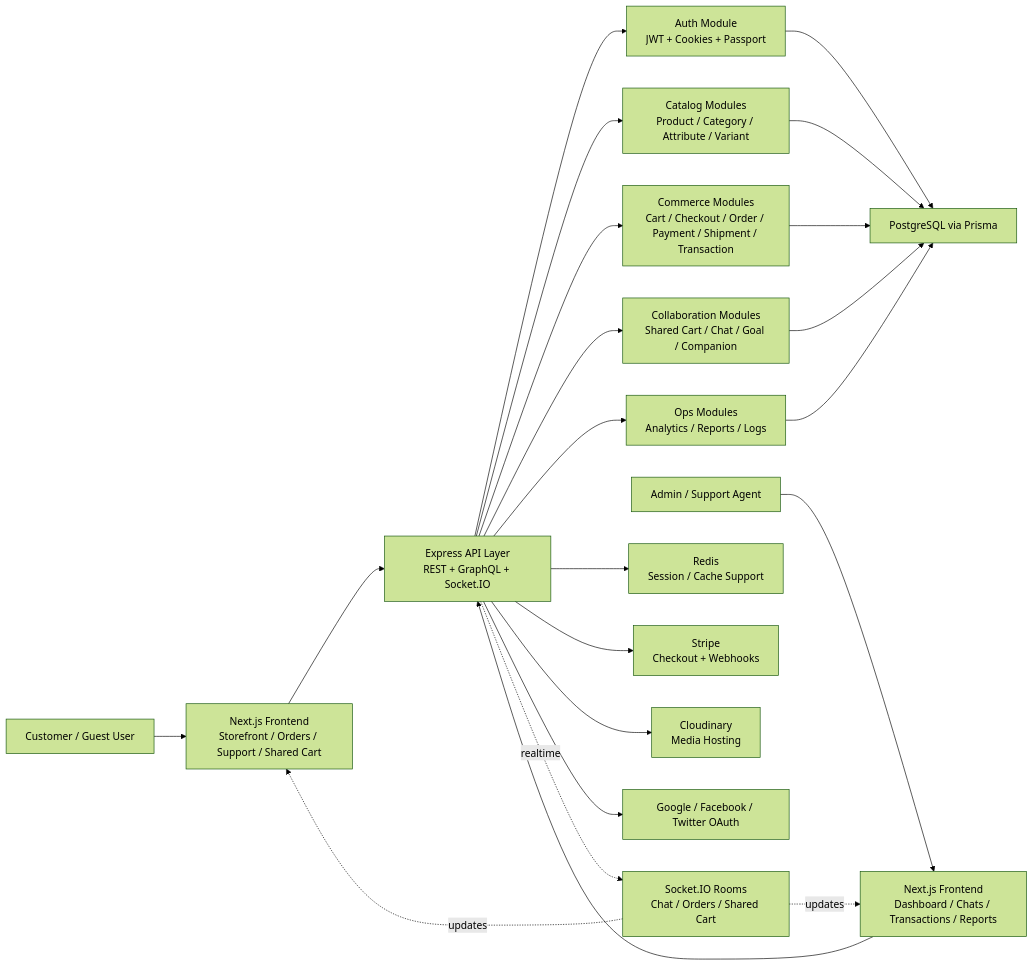
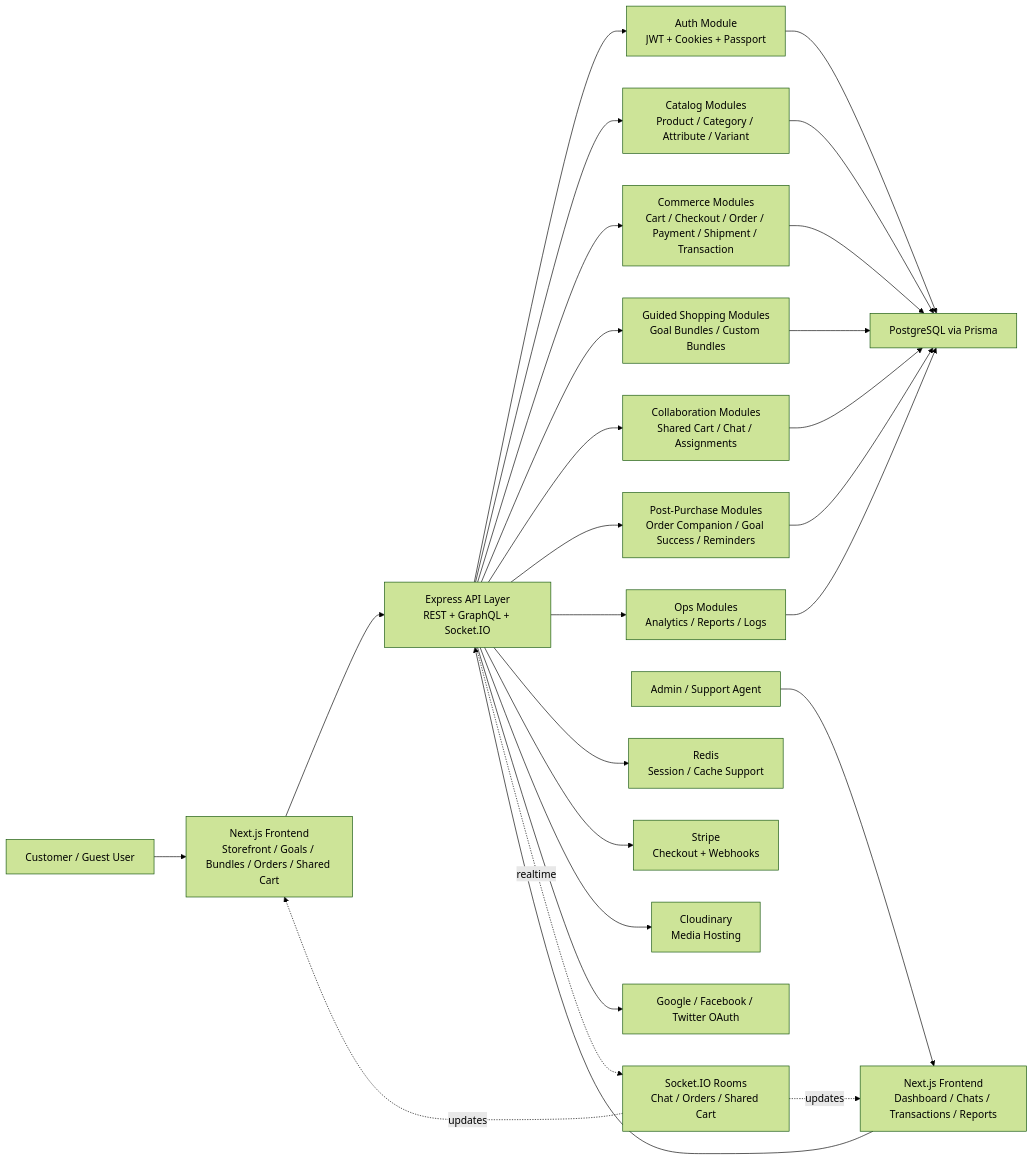
One commit to nitin2005sharma/commerce changed the diagram in FULL_STACK_ECOMMERCE_PROJECT_REPORT.md. Above: the diagram before and after it, drawn with Mermaid (forest theme). The commit also changed other lines of this file and 4 other files, not shown here.

````diff
--- a/FULL_STACK_ECOMMERCE_PROJECT_REPORT.md
+++ b/FULL_STACK_ECOMMERCE_PROJECT_REPORT.md
@@ -79,29 +79,33 @@
 ```mermaid
 flowchart LR
-    U["Customer / Guest User"] --> FE["Next.js Frontend<br/>Storefront / Orders / Support / Shared Cart"]
+    U["Customer / Guest User"] --> FE["Next.js Frontend<br/>Storefront / Goals / Bundles / Orders / Shared Cart"]
     A["Admin / Support Agent"] --> FEA["Next.js Frontend<br/>Dashboard / Chats / Transactions / Reports"]
 
     FE --> API["Express API Layer<br/>REST + GraphQL + Socket.IO"]
     FEA --> API
 
     API --> AUTH["Auth Module<br/>JWT + Cookies + Passport"]
     API --> CATALOG["Catalog Modules<br/>Product / Category / Attribute / Variant"]
     API --> COMMERCE["Commerce Modules<br/>Cart / Checkout / Order / Payment / Shipment / Transaction"]
-    API --> COLLAB["Collaboration Modules<br/>Shared Cart / Chat / Goal / Companion"]
+    API --> GUIDED["Guided Shopping Modules<br/>Goal Bundles / Custom Bundles"]
+    API --> COLLAB["Collaboration Modules<br/>Shared Cart / Chat / Assignments"]
+    API --> SUCCESS["Post-Purchase Modules<br/>Order Companion / Goal Success / Reminders"]
     API --> OPS["Ops Modules<br/>Analytics / Reports / Logs"]
 
     AUTH --> DB["PostgreSQL via Prisma"]
     CATALOG --> DB
     COMMERCE --> DB
+    GUIDED --> DB
     COLLAB --> DB
+    SUCCESS --> DB
     OPS --> DB
 
     API --> REDIS["Redis<br/>Session / Cache Support"]
     API --> STRIPE["Stripe<br/>Checkout + Webhooks"]
     API --> CLOUD["Cloudinary<br/>Media Hosting"]
     API --> OAUTH["Google / Facebook / Twitter OAuth"]
 
     API -. realtime .-> SOCKET["Socket.IO Rooms<br/>Chat / Orders / Shared Cart"]
     SOCKET -. updates .-> FE
     SOCKET -. updates .-> FEA
 ```
````
